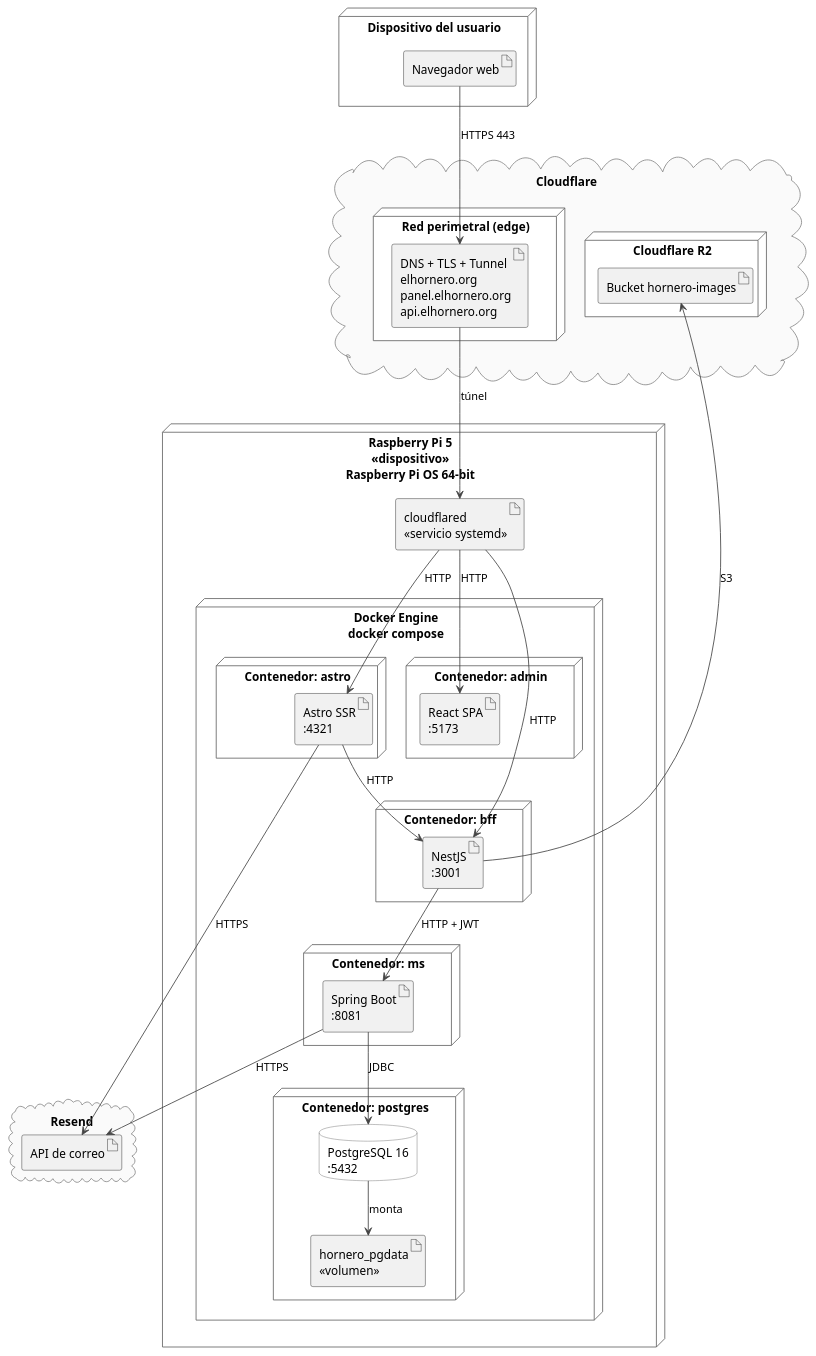
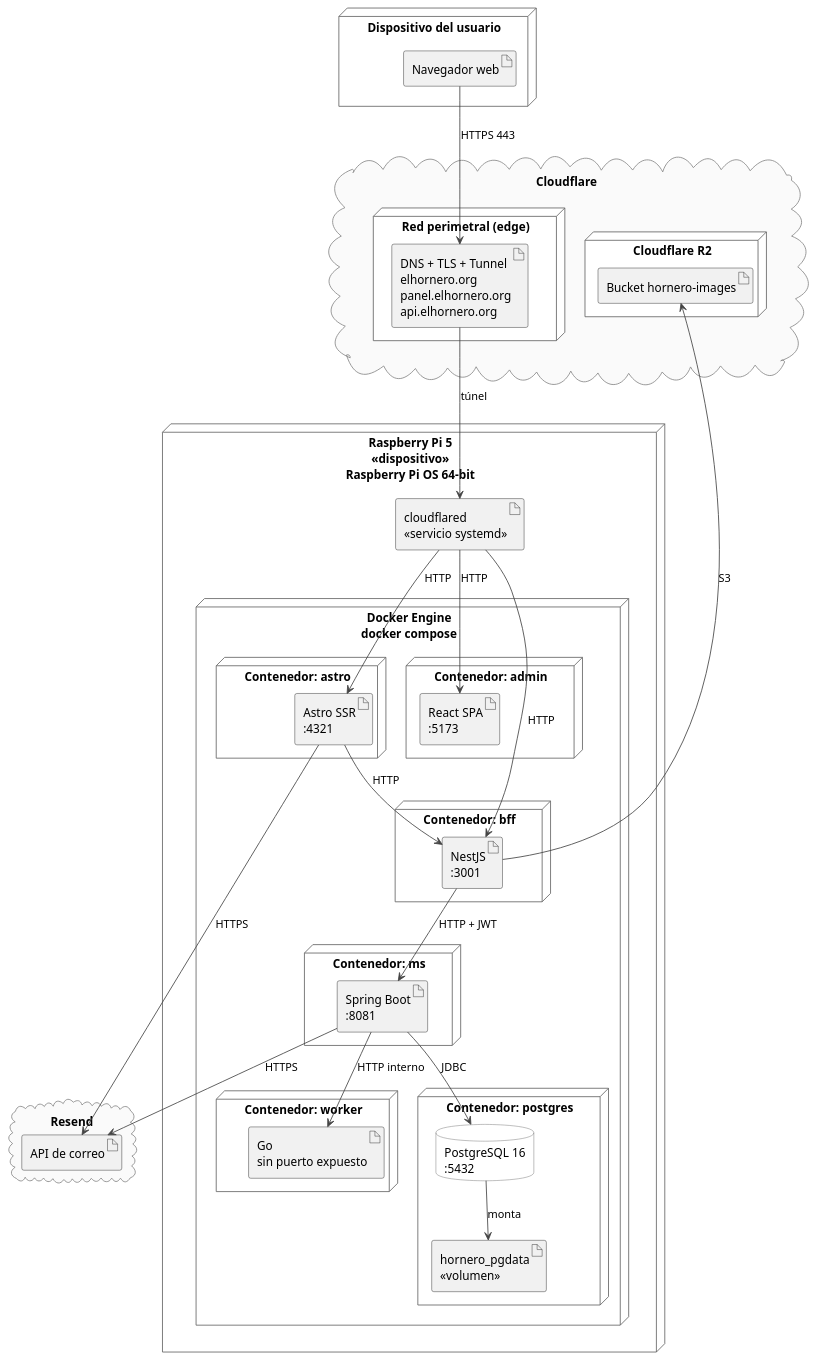
One commit to S21-Projects/hornero_monorepo changed the diagram in docs/tesis/diagramas/despliegue/raspberry.puml. Above: the diagram before and after it, drawn with PlantUML. The commit also changed 13 other files, not shown here.

Commit message:
docs(tesis): update diagrams for delivered features

```diff
--- a/docs/tesis/diagramas/despliegue/raspberry.puml
+++ b/docs/tesis/diagramas/despliegue/raspberry.puml
@@ -1,81 +1,85 @@
 @startuml
 skinparam shadowing false
 skinparam defaultFontName Helvetica
 skinparam ArrowColor #444444
 skinparam nodesep 25
 skinparam ranksep 45
 skinparam node {
   BackgroundColor #FFFFFF
   BorderColor #666666
 }
 skinparam database {
   BackgroundColor #FFFFFF
   BorderColor #666666
 }
 skinparam cloud {
   BackgroundColor #FAFAFA
   BorderColor #888888
 }
 
 node "Dispositivo del usuario" as cliente {
   artifact "Navegador web" as navegador
 }
 
 cloud "Cloudflare" as cf {
   node "Red perimetral (edge)" as edge {
     artifact "DNS + TLS + Tunnel\nelhornero.org\npanel.elhornero.org\napi.elhornero.org" as tunnel
   }
   node "Cloudflare R2" as r2 {
     artifact "Bucket hornero-images" as bucket
   }
 }
 
 cloud "Resend" as resendCloud {
   artifact "API de correo" as mailer
 }
 
 node "Raspberry Pi 5\n<<dispositivo>>\nRaspberry Pi OS 64-bit" as pi {
 
   artifact "cloudflared\n<<servicio systemd>>" as cloudflared
 
   node "Docker Engine\ndocker compose" as docker {
 
     node "Contenedor: astro" as cAstro {
       artifact "Astro SSR\n:4321" as astro
     }
     node "Contenedor: admin" as cAdmin {
       artifact "React SPA\n:5173" as admin
     }
     node "Contenedor: bff" as cBff {
       artifact "NestJS\n:3001" as bff
     }
     node "Contenedor: ms" as cMs {
       artifact "Spring Boot\n:8081" as ms
     }
+    node "Contenedor: worker" as cWorker {
+      artifact "Go\nsin puerto expuesto" as worker
+    }
     node "Contenedor: postgres" as cPg {
       database "PostgreSQL 16\n:5432" as db
       artifact "hornero_pgdata\n<<volumen>>" as vol
     }
   }
 }
 
 navegador --> tunnel : HTTPS 443
 
 tunnel --> cloudflared : túnel
 cloudflared --> astro : HTTP
 cloudflared --> admin : HTTP
 cloudflared --> bff : HTTP
 
 astro --> bff : HTTP
 bff --> ms : HTTP + JWT
 ms --> db : JDBC
+ms --> worker : HTTP interno
 db --> vol : monta
 
 bff --> bucket : S3
 ms --> mailer : HTTPS
 astro --> mailer : HTTPS
 
 cliente -[hidden]down- cf
 cf -[hidden]down- pi
 
 @enduml
```
